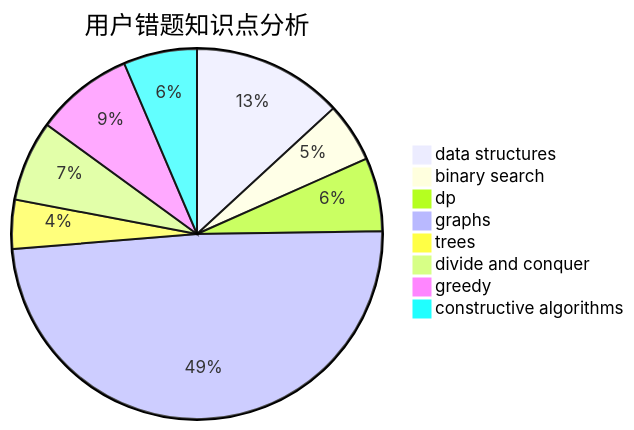
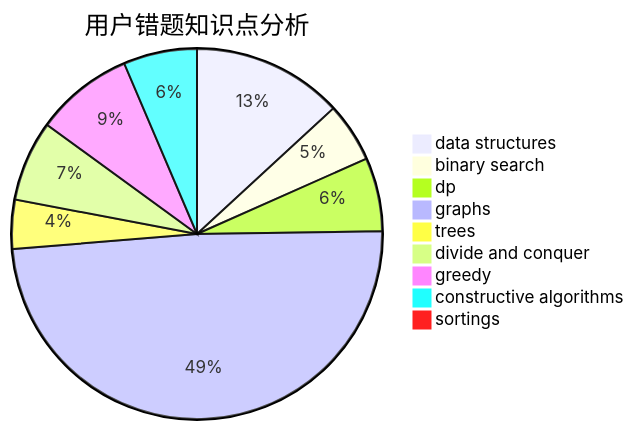
One commit to sherpahu/cfrs.github.io changed the third of 3 diagrams in docs/user/u1240.md. Above: the diagram before and after it, drawn with Mermaid. The commit also changed other lines of this file and 2769 other files, not shown here.

````diff
--- a/docs/user/u1240.md
+++ b/docs/user/u1240.md
@@ -36,11 +32,12 @@
 ```mermaid
 pie title 用户错题知识点分析
     "data structures" :  43
     "binary search" :  17
     "dp" :  21
     "graphs" :  160
     "trees" :  14
     "divide and conquer" :  23
     "greedy" :  28
     "constructive algorithms" :  21
+    "sortings" :  2
 ```
````
